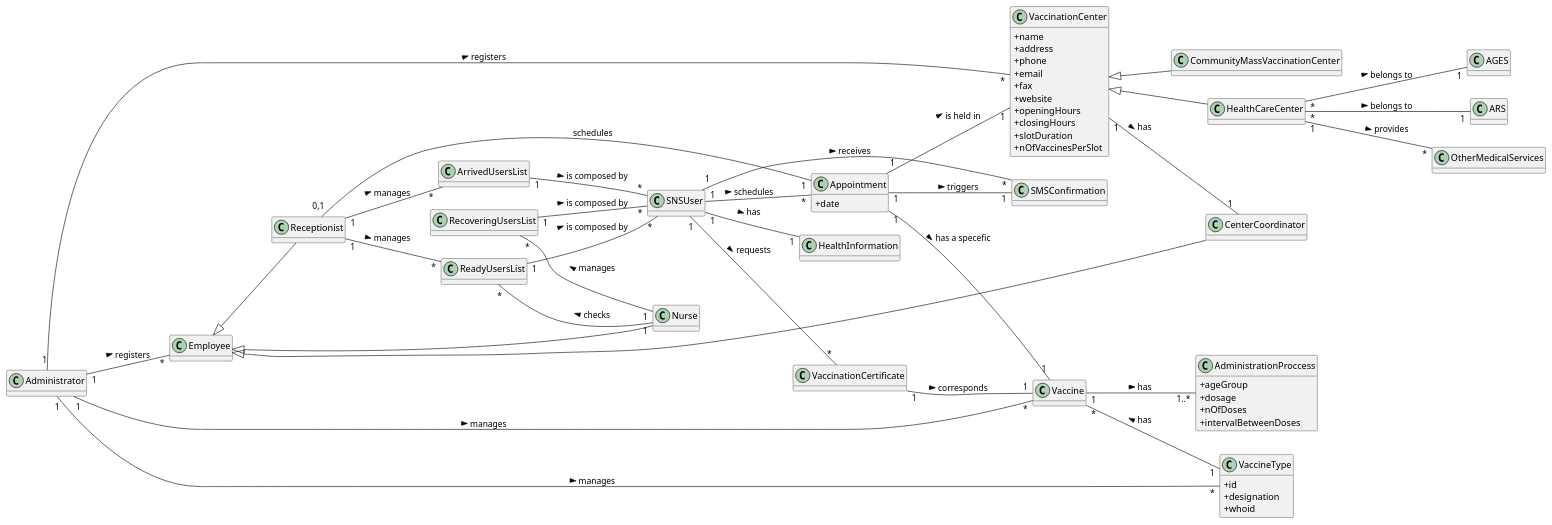
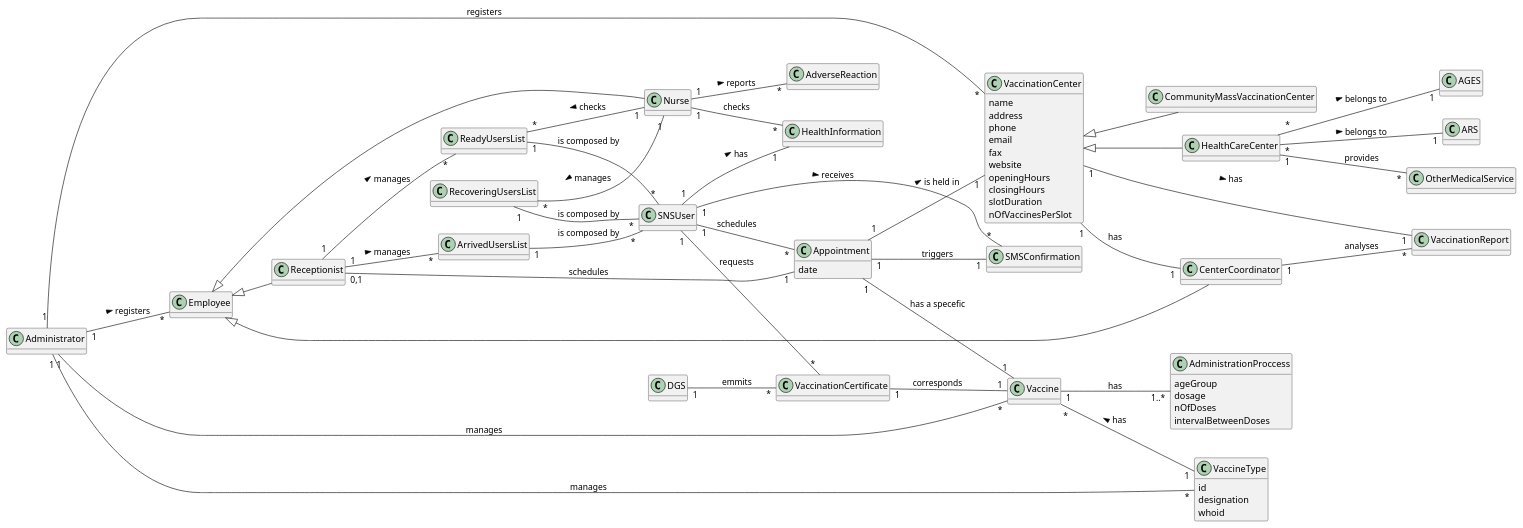
The diagram in docs/SprintA/DM.puml (miseEnPlace-i/lapr2), drawn with PlantUML before and after one commit. The commit also changed 1 other file, not shown here.

```diff
--- a/docs/SprintA/DM.puml
+++ b/docs/SprintA/DM.puml
@@ -1,108 +1,116 @@
 @startuml
 
 hide methods
 left to right direction
 skinparam classAttributeIconSize 0
 
 class CommunityMassVaccinationCenter {}
 
 class HealthCareCenter {}
 
 class VaccinationCenter {
-  + name
-  + address
-  + phone
-  + email
-  + fax
-  + website
-  + openingHours
-  + closingHours
-  + slotDuration
-  + nOfVaccinesPerSlot
+  name
+  address
+  phone
+  email
+  fax
+  website
+  openingHours
+  closingHours
+  slotDuration
+  nOfVaccinesPerSlot
 }
 
 class Vaccine {}
 
 class VaccineType {
-    + id
-    + designation
-    + whoid
+  id
+  designation
+  whoid
 }
 
 class SNSUser {}
 
 class HealthInformation {}
 
 class Administrator {}
 
 class Employee {}
 
 class Nurse {}
 
 class Receptionist {}
 
 class CenterCoordinator {}
 
 class Appointment {
-  + date
+  date
 }
 
 class AdministrationProccess {
-  + ageGroup
-  + dosage
-  + nOfDoses
-  + intervalBetweenDoses
+  ageGroup
+  dosage
+  nOfDoses
+  intervalBetweenDoses
 }
 
 class AGES {}
 
 class ARS {}
 
 Vaccine "*" -- "1" VaccineType : has <
 
 Employee <|-- Nurse
 Employee <|-- Receptionist
 Employee <|-- CenterCoordinator
 
 VaccinationCenter <|-- CommunityMassVaccinationCenter
 VaccinationCenter <|-- HealthCareCenter
 
-VaccinationCenter "1" -- "1" CenterCoordinator : has >
+VaccinationCenter "1" -- "1" CenterCoordinator : has 
 
 HealthCareCenter "*" -- "1" AGES : belongs to > 
 HealthCareCenter "*" -- "1" ARS : belongs to >
 
 Appointment "1" -- "1" VaccinationCenter : is held in >
-Appointment "1" -- "1" Vaccine : has a specefic >
-Appointment "1" -- "1" SMSConfirmation : triggers >
+Appointment "1" -- "1" Vaccine : has a specefic 
+Appointment "1" -- "1" SMSConfirmation : triggers 
 
 Receptionist "1" -- "*" ReadyUsersList : manages >
 Receptionist "1" -- "*" ArrivedUsersList : manages >
 
-ReadyUsersList "1" -- "*" SNSUser : is composed by >
-ArrivedUsersList "1" -- "*" SNSUser : is composed by > 
-RecoveringUsersList "1" -- "*" SNSUser : is composed by >
+ReadyUsersList "1" -- "*" SNSUser : is composed by 
+ArrivedUsersList "1" -- "*" SNSUser : is composed by 
+RecoveringUsersList "1" -- "*" SNSUser : is composed by 
 
 ReadyUsersList "*" -- "1" Nurse : checks <
 RecoveringUsersList "*" -- "1" Nurse : manages <
 
 Administrator "1" -- "*" Employee : registers >
-Administrator "1" -- "*" VaccinationCenter : registers >
-Administrator "1" -- "*" VaccineType : manages >
-Administrator "1" -- "*" Vaccine : manages >
+Administrator "1" -- "*" VaccinationCenter : registers 
+Administrator "1" -- "*" VaccineType : manages 
+Administrator "1" -- "*" Vaccine : manages 
 
-SNSUser "1" -- "*" Appointment : schedules >
+SNSUser "1" -- "*" Appointment : schedules 
 SNSUser "1" -- "1" HealthInformation : has >
 
-Vaccine "1" -- "1..*" AdministrationProccess : has >
+Vaccine "1" -- "1..*" AdministrationProccess : has
 
 SNSUser "1" -- "*" SMSConfirmation : receives >
 
-HealthCareCenter "1" -- "*" OtherMedicalServices : provides >
+HealthCareCenter "1" -- "*" OtherMedicalService : provides 
 
-SNSUser "1" -- "*" VaccinationCertificate : requests >
-VaccinationCertificate "1" -- "1" Vaccine : corresponds >
+SNSUser "1" -- "*" VaccinationCertificate : requests
+
+VaccinationCertificate "1" -- "1" Vaccine : corresponds 
+DGS "1" -- "*" VaccinationCertificate : emmits
 
 Receptionist "0,1" -- "1" Appointment : schedules
 
+Nurse "1" -- "*" AdverseReaction : reports >
+Nurse "1" -- "*" HealthInformation : checks 
+
+VaccinationCenter "1" -- "1" VaccinationReport : has >
+CenterCoordinator "1" -- "*" VaccinationReport : analyses
+
 @enduml
```
